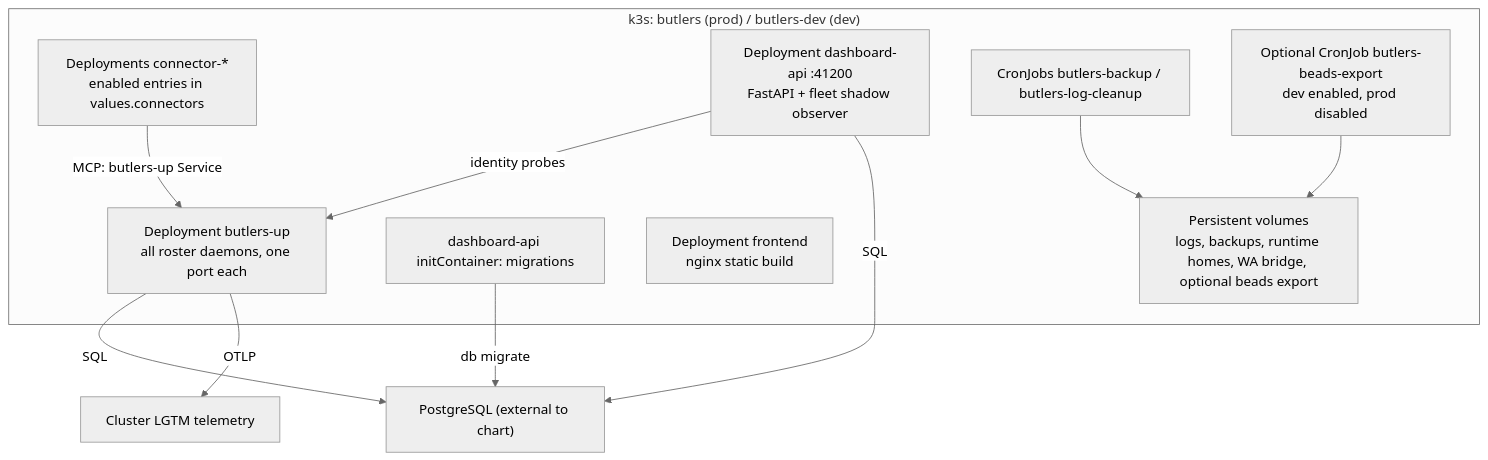
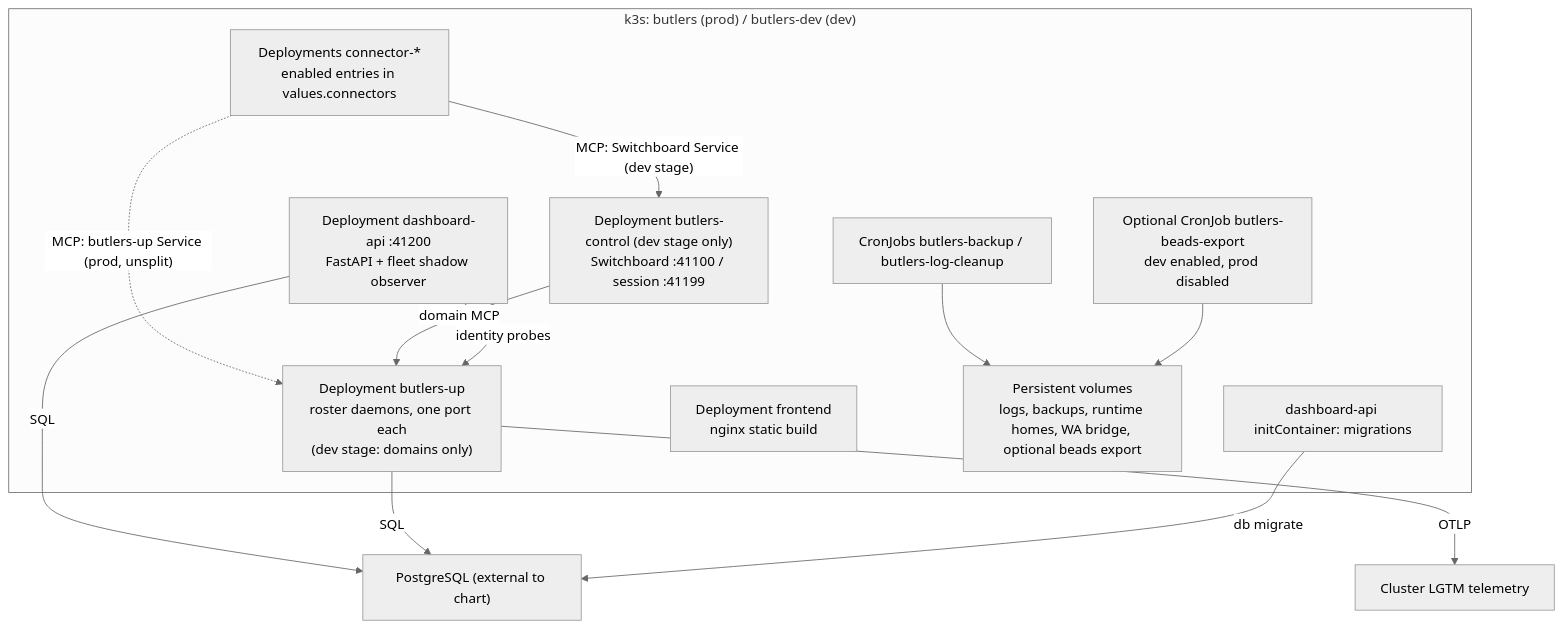
The diagram in about/lay-and-land/deployment.md (tzeusy-org/butlers), drawn with Mermaid (neutral theme) before and after one commit. The commit also changed other lines of this file and 33 other files, not shown here.

Commit message:
feat: prepare key-absent dev Switchboard control stage [bu-n7zmbp.1]

````diff
--- a/about/lay-and-land/deployment.md
+++ b/about/lay-and-land/deployment.md
@@ -18,23 +18,26 @@
 ```mermaid
 graph TB
     subgraph K3S["k3s: butlers (prod) / butlers-dev (dev)"]
-        UP["Deployment butlers-up<br/>all roster daemons, one port each"]
+        UP["Deployment butlers-up<br/>roster daemons, one port each<br/>(dev stage: domains only)"]
+        CONTROL["Deployment butlers-control (dev stage only)<br/>Switchboard :41100 / session :41199"]
         Conn["Deployments connector-*<br/>enabled entries in values.connectors"]
         API["Deployment dashboard-api :41200<br/>FastAPI + fleet shadow observer"]
         MIG["dashboard-api initContainer: migrations"]
         Front["Deployment frontend<br/>nginx static build"]
         Jobs["CronJobs butlers-backup / butlers-log-cleanup"]
         Beads["Optional CronJob butlers-beads-export<br/>dev enabled, prod disabled"]
         PVC["Persistent volumes<br/>logs, backups, runtime homes, WA bridge, optional beads export"]
     end
     PG["PostgreSQL (external to chart)"]
     OTel["Cluster LGTM telemetry"]
-    Conn -- "MCP: butlers-up Service" --> UP
+    Conn -- "MCP: Switchboard Service (dev stage)" --> CONTROL
+    Conn -. "MCP: butlers-up Service (prod, unsplit)" .-> UP
+    CONTROL -- "domain MCP" --> UP
     API -- "identity probes" --> UP
     API -- "SQL" --> PG
     UP -- "SQL" --> PG
     MIG -- "db migrate" --> PG
     Jobs --> PVC
     Beads --> PVC
     UP -- "OTLP" --> OTel
 ```
````
